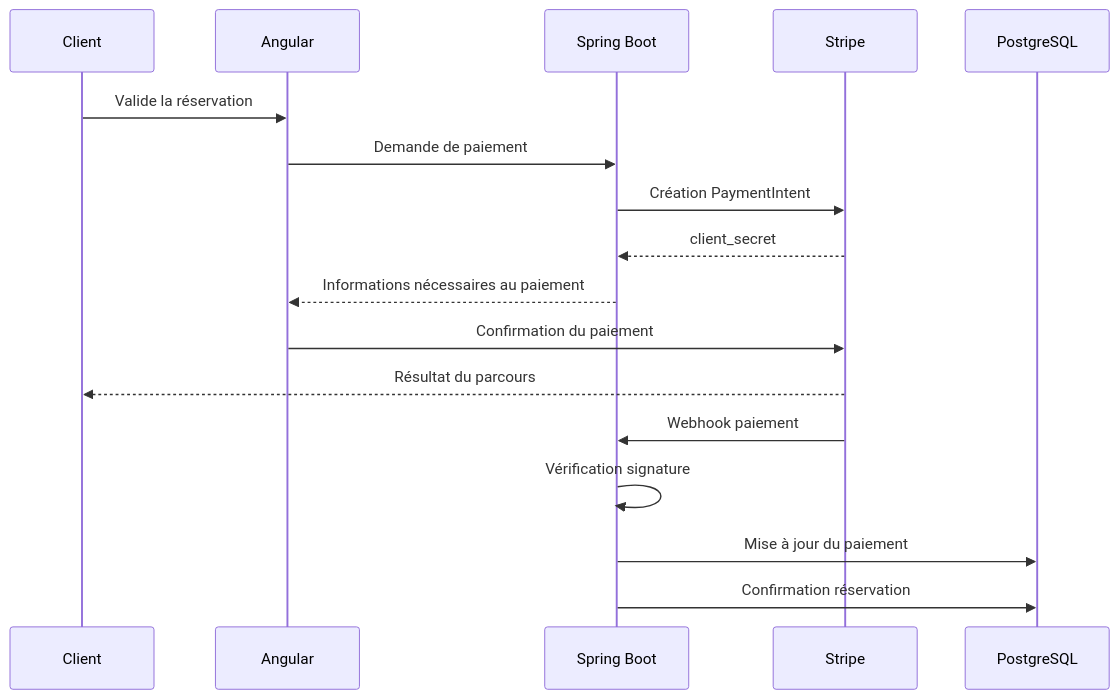
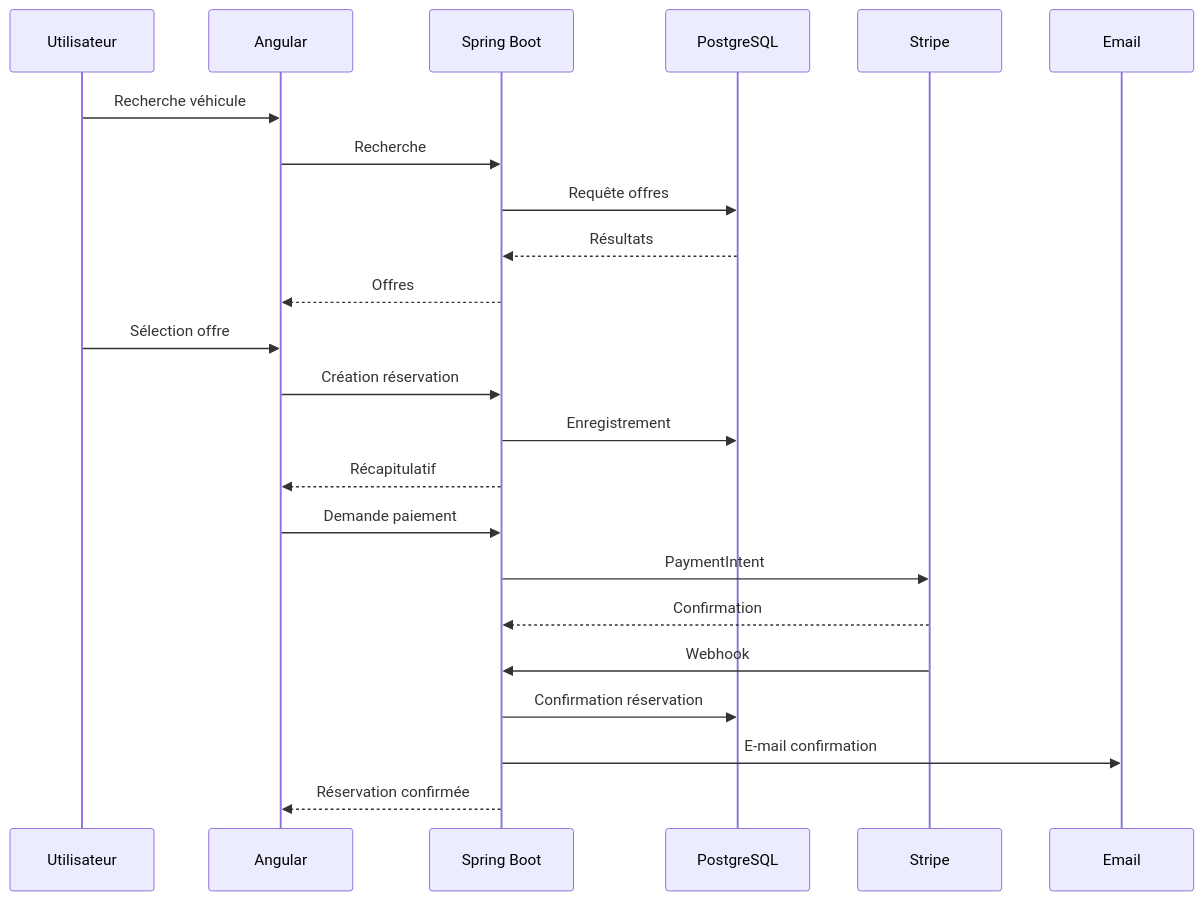
One commit to LeangOC/MyOC2_P10 changed the sixth of 6 diagrams in Docs/Dossier_Architecture.md. Above: the diagram before and after it, drawn with Mermaid. The commit also changed other lines of this file and 4 other files, not shown here.

Commit message:
Dossier Architecture

````diff
--- a/Docs/Dossier_Architecture.md
+++ b/Docs/Dossier_Architecture.md
@@ -1170,22 +1452,30 @@
 ```mermaid
 sequenceDiagram
-    participant U as Client
+
+    participant U as Utilisateur
     participant F as Angular
     participant B as Spring Boot
+    participant P as PostgreSQL
     participant S as Stripe
-    participant DB as PostgreSQL
+    participant E as Email
 
-    U->>F: Valide la réservation
-    F->>B: Demande de paiement
-    B->>S: Création PaymentIntent
-    S-->>B: client_secret
-    B-->>F: Informations nécessaires au paiement
+    U->>F: Recherche véhicule
+    F->>B: Recherche
+    B->>P: Requête offres
+    P-->>B: Résultats
+    B-->>F: Offres
 
-    F->>S: Confirmation du paiement
-    S-->>U: Résultat du parcours
+    U->>F: Sélection offre
+    F->>B: Création réservation
+    B->>P: Enregistrement
+    B-->>F: Récapitulatif
 
-    S->>B: Webhook paiement
-    B->>B: Vérification signature
-    B->>DB: Mise à jour du paiement
-    B->>DB: Confirmation réservation
+    F->>B: Demande paiement
+    B->>S: PaymentIntent
+    S-->>B: Confirmation
+
+    S->>B: Webhook
+    B->>P: Confirmation réservation
+    B->>E: E-mail confirmation
+    B-->>F: Réservation confirmée
 ```
````
